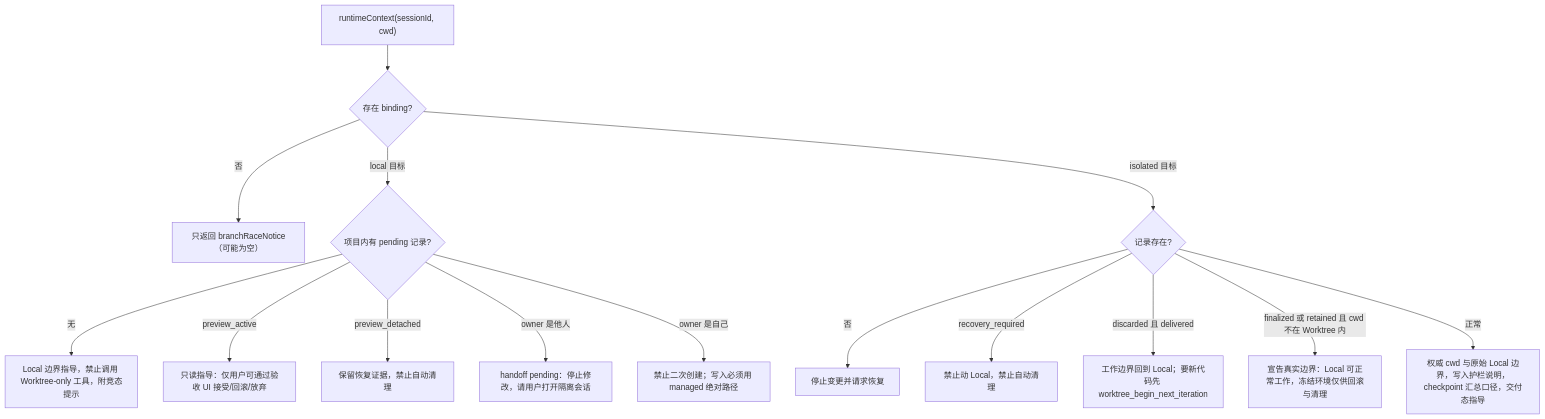
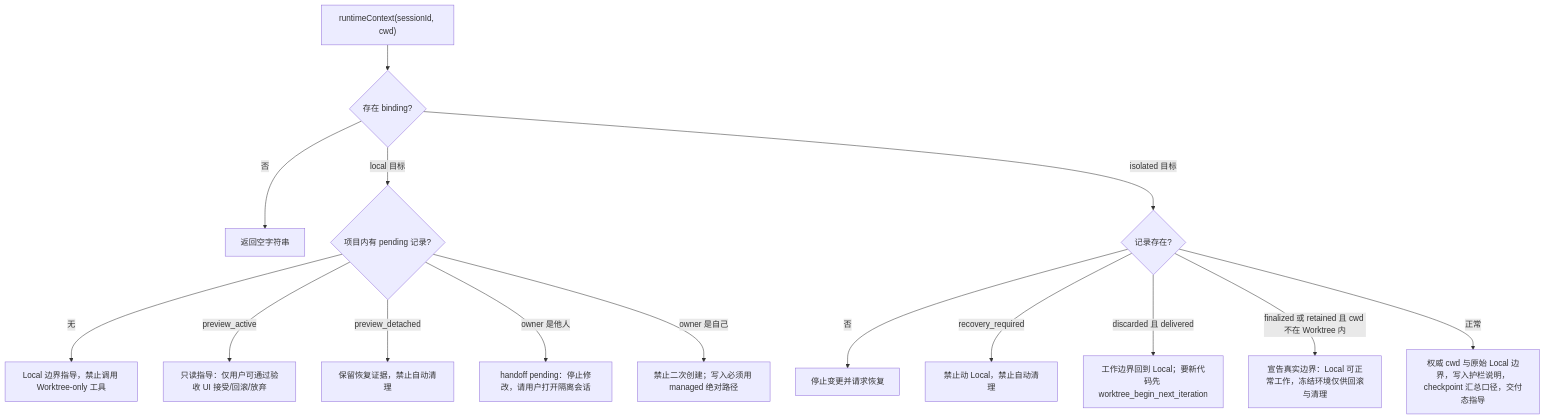
Before and after one commit to ikliml666/dsh-git-workspace: the eighth of 8 diagrams in .codewiki/_techdocs/docs/core_worktree_domain_and_infrastructure/session_checkout_domain/session_checkout_runtime/session_checkout_runtime_entry/src_session-checkout-module.ts.md, drawn with Mermaid. The commit also changed other lines of this file and 71 other files, not shown here.

````diff
--- a/.codewiki/_techdocs/docs/core_worktree_domain_and_infrastructure/session_checkout_domain/session_checkout_runtime/session_checkout_runtime_entry/src_session-checkout-module.ts.md
+++ b/.codewiki/_techdocs/docs/core_worktree_domain_and_infrastructure/session_checkout_domain/session_checkout_runtime/session_checkout_runtime_entry/src_session-checkout-module.ts.md
@@ -336,17 +336,17 @@
 ```mermaid
 flowchart TD
     A["runtimeContext(sessionId, cwd)"] --> B{"存在 binding?"}
-    B -->|否| C["只返回 branchRaceNotice（可能为空）"]
+    B -->|否| C["返回空字符串"]
     B -->|local 目标| D{"项目内有 pending 记录?"}
-    D -->|无| E["Local 边界指导，禁止调用 Worktree-only 工具，附竞态提示"]
+    D -->|无| E["Local 边界指导，禁止调用 Worktree-only 工具"]
     D -->|preview_active| F["只读指导：仅用户可通过验收 UI 接受/回滚/放弃"]
     D -->|preview_detached| G["保留恢复证据，禁止自动清理"]
     D -->|owner 是他人| H["handoff pending：停止修改，请用户打开隔离会话"]
     D -->|owner 是自己| I["禁止二次创建；写入必须用 managed 绝对路径"]
     B -->|isolated 目标| J{"记录存在?"}
     J -->|否| K["停止变更并请求恢复"]
     J -->|recovery_required| L["禁止动 Local，禁止自动清理"]
     J -->|discarded 且 delivered| M["工作边界回到 Local；要新代码先 worktree_begin_next_iteration"]
     J -->|finalized 或 retained 且 cwd 不在 Worktree 内| N["宣告真实边界：Local 可正常工作，冻结环境仅供回滚与清理"]
     J -->|正常| O["权威 cwd 与原始 Local 边界，写入护栏说明，checkpoint 汇总口径，交付态指导"]
 ```
````
